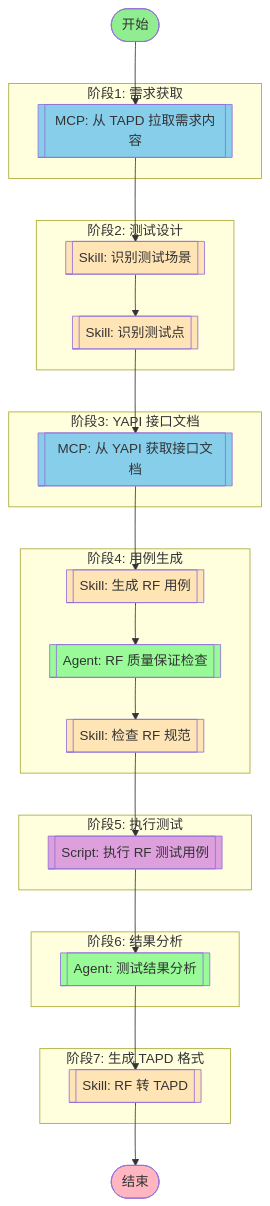
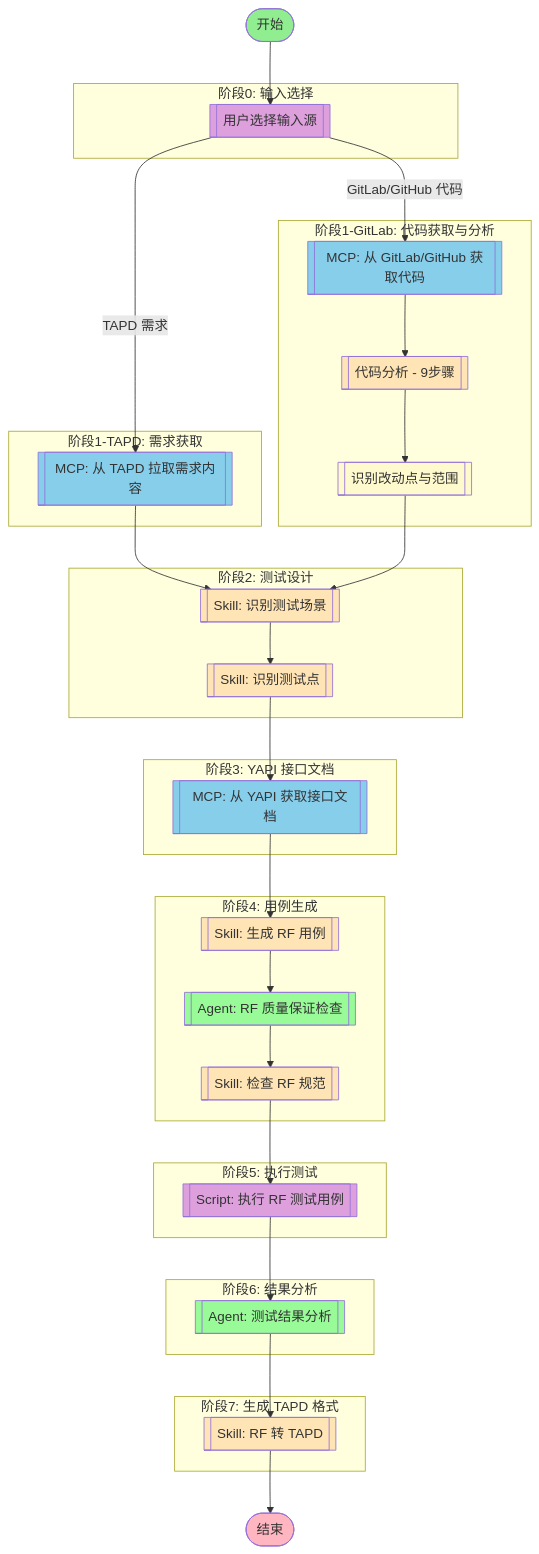
Before and after one commit to JoeyTrribbiani/rf-testing-plugin: the diagram in 05-plugins/rf-testing/workflows/full-test-pipeline.md, drawn with Mermaid. The commit also changed other lines of this file and 50 other files, not shown here.

````diff
--- a/05-plugins/rf-testing/workflows/full-test-pipeline.md
+++ b/05-plugins/rf-testing/workflows/full-test-pipeline.md
@@ -6,61 +6,80 @@
 ```mermaid
 flowchart TD
     start_node([开始])
     end_node([结束])
 
-    subgraph 阶段1["阶段1: 需求获取"]
+    subgraph 阶段0["阶段0: 输入选择"]
+        input_select[[用户选择输入源]]
+    end
+
+    subgraph 阶段1_TAPD["阶段1-TAPD: 需求获取"]
         mcp_fetch[[MCP: 从 TAPD 拉取需求内容]]
+    end
+
+    subgraph 阶段1_GitLab["阶段1-GitLab: 代码获取与分析"]
+        mcp_gitlab[[MCP: 从 GitLab/GitHub 获取代码]]
+        code_analysis[[代码分析 - 9步骤]]
+        change_detect[[识别改动点与范围]]
     end
 
     subgraph 阶段2["阶段2: 测试设计"]
         skill_scenario[[Skill: 识别测试场景]]
         skill_points[[Skill: 识别测试点]]
     end
 
     subgraph 阶段3["阶段3: YAPI 接口文档"]
         mcp_yapi[[MCP: 从 YAPI 获取接口文档]]
     end
 
     subgraph 阶段4["阶段4: 用例生成"]
         skill_generation[[Skill: 生成 RF 用例]]
         agent_rf_qa[[Agent: RF 质量保证检查]]
         skill_validation[[Skill: 检查 RF 规范]]
     end
 
     subgraph 阶段5["阶段5: 执行测试"]
         script_execute[[Script: 执行 RF 测试用例]]
     end
 
     subgraph 阶段6["阶段6: 结果分析"]
         agent_results[[Agent: 测试结果分析]]
     end
 
     subgraph 阶段7["阶段7: 生成 TAPD 格式"]
         skill_conversion[[Skill: RF 转 TAPD]]
     end
 
-    start_node --> mcp_fetch
+    start_node --> input_select
+    input_select -->|TAPD 需求| mcp_fetch
+    input_select -->|GitLab/GitHub 代码| mcp_gitlab
     mcp_fetch --> skill_scenario
+    mcp_gitlab --> code_analysis
+    code_analysis --> change_detect
+    change_detect --> skill_scenario
     skill_scenario --> skill_points
     skill_points --> mcp_yapi
     mcp_yapi --> skill_generation
     skill_generation --> agent_rf_qa
     agent_rf_qa --> skill_validation
     skill_validation --> script_execute
     script_execute --> agent_results
     agent_results --> skill_conversion
     skill_conversion --> end_node
 
     style start_node fill:#90EE90
     style end_node fill:#FFB6C1
+    style input_select fill:#DDA0DD
     style mcp_fetch fill:#87CEEB
+    style mcp_gitlab fill:#87CEEB
     style mcp_yapi fill:#87CEEB
+    style code_analysis fill:#FFE4B5
+    style change_detect fill:#FFFACD
     style skill_scenario fill:#FFE4B5
     style skill_points fill:#FFE4B5
     style skill_generation fill:#FFE4B5
     style agent_rf_qa fill:#98FB98
     style skill_validation fill:#FFE4B5
     style script_execute fill:#DDA0DD
     style agent_results fill:#98FB98
     style skill_conversion fill:#FFE4B5
 ```
````
